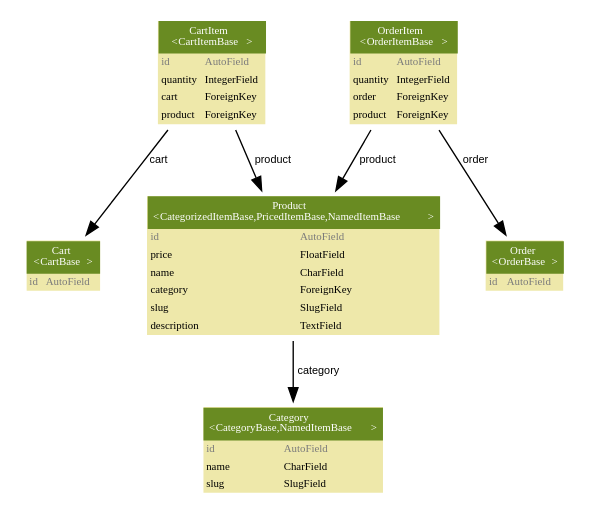
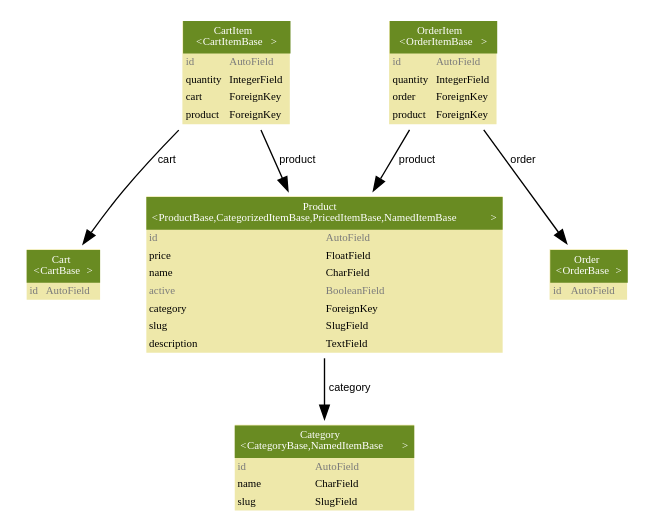
The diagram in graphs/models.dot (dokterbob/basic-webshop), drawn with Graphviz before and after one commit. The commit also changed 3 other files, not shown here.

Commit message:
Product should be subclass of ProductBase

```diff
--- a/graphs/models.dot
+++ b/graphs/models.dot
@@ -22,7 +22,7 @@
     <TABLE BGCOLOR="palegoldenrod" BORDER="0" CELLBORDER="0" CELLSPACING="0">
      <TR><TD COLSPAN="2" CELLPADDING="4" ALIGN="CENTER" BGCOLOR="olivedrab4"
      ><FONT FACE="Helvetica Bold" COLOR="white"
-     >Product<BR/>&lt;<FONT FACE="Helvetica Italic">CategorizedItemBase,PricedItemBase,NamedItemBase</FONT>&gt;</FONT></TD></TR>
+     >Product<BR/>&lt;<FONT FACE="Helvetica Italic">ProductBase,CategorizedItemBase,PricedItemBase,NamedItemBase</FONT>&gt;</FONT></TD></TR>
 
     
         
@@ -45,6 +45,13 @@
         ></TD>
         <TD ALIGN="LEFT"
         ><FONT FACE="Helvetica Italic">CharField</FONT
+        ></TD></TR>
+        
+        <TR><TD ALIGN="LEFT" BORDER="0"
+        ><FONT COLOR="#7B7B7B" FACE="Helvetica Italic">active</FONT
+        ></TD>
+        <TD ALIGN="LEFT"
+        ><FONT COLOR="#7B7B7B" FACE="Helvetica Italic">BooleanField</FONT
         ></TD></TR>
         
         <TR><TD ALIGN="LEFT" BORDER="0"
```
